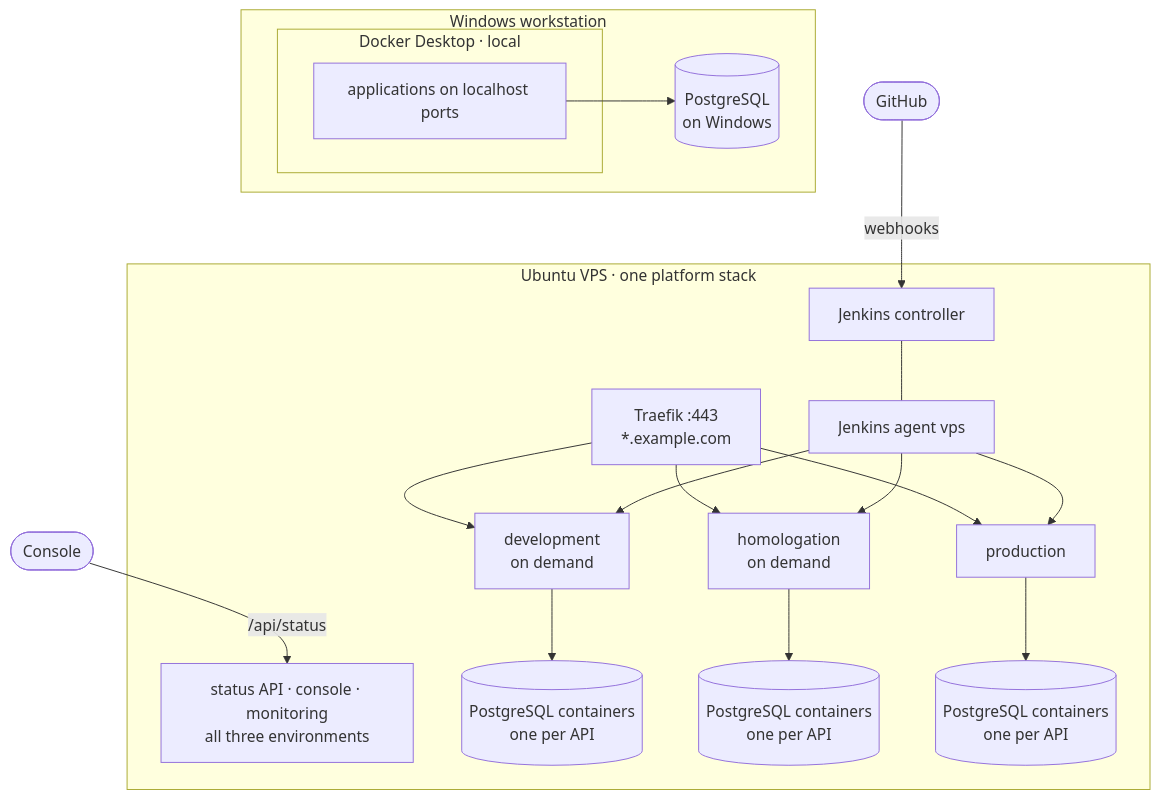
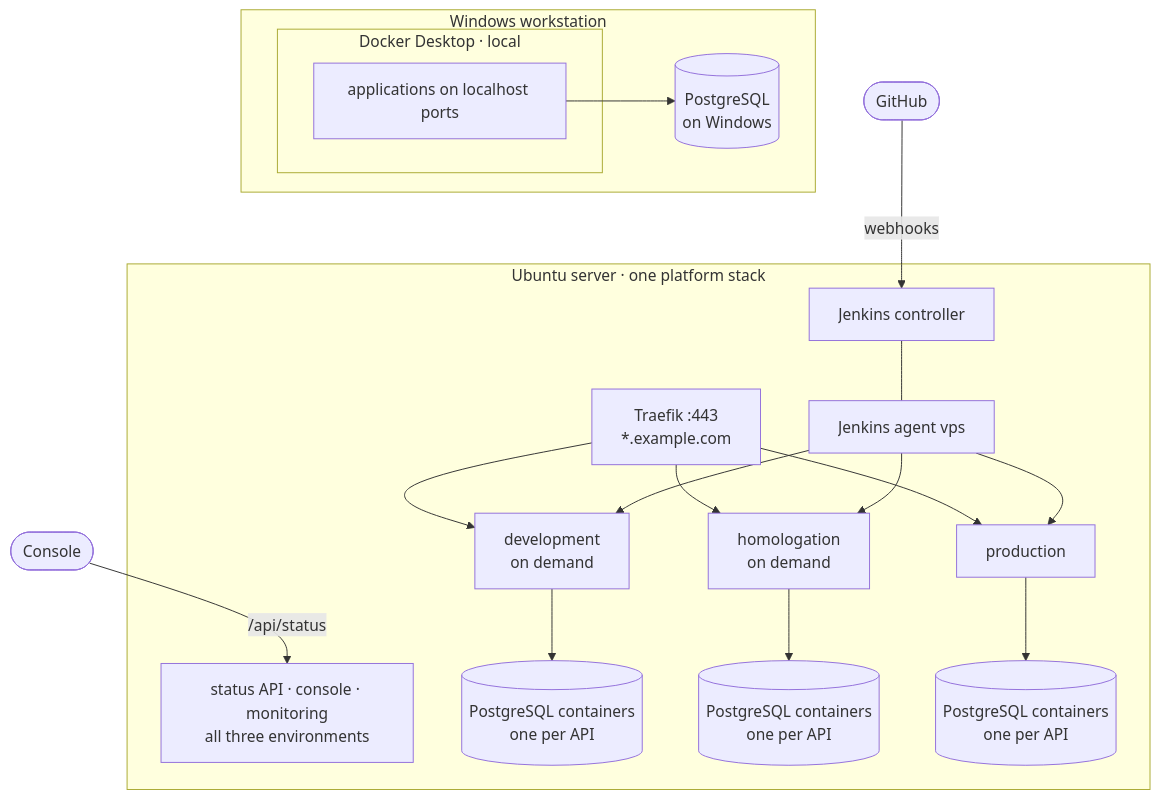
The diagram in docs/examples/docker-desktop-and-vps/README.md (artur-rios/yggdrasil), drawn with Mermaid before and after one commit. The commit also changed other lines of this file and 18 other files, not shown here.

````diff
--- a/docs/examples/docker-desktop-and-vps/README.md
+++ b/docs/examples/docker-desktop-and-vps/README.md
@@ -25,22 +31,22 @@
 ```mermaid
 flowchart TB
     subgraph ws [Windows workstation]
         subgraph dd [Docker Desktop · local]
             localapps[applications on localhost ports]
         end
         pg[(PostgreSQL<br/>on Windows)]
         localapps --> pg
     end
-    subgraph vps [Ubuntu VPS · one platform stack]
+    subgraph vps [Ubuntu server · one platform stack]
         traefik[Traefik :443<br/>*.example.com] --> dev[development<br/>on demand]
         traefik --> hml[homologation<br/>on demand]
         traefik --> prod[production]
         jenkins[Jenkins controller] --- agent[Jenkins agent vps] --> dev & hml & prod
         status[status API · console · monitoring<br/>all three environments]
         dev --> devpg[(PostgreSQL containers<br/>one per API)]
         hml --> hmlpg[(PostgreSQL containers<br/>one per API)]
         prod --> prodpg[(PostgreSQL containers<br/>one per API)]
     end
     gh([GitHub]) -- webhooks --> jenkins
     console([Console]) -- /api/status --> status
 ```
````
